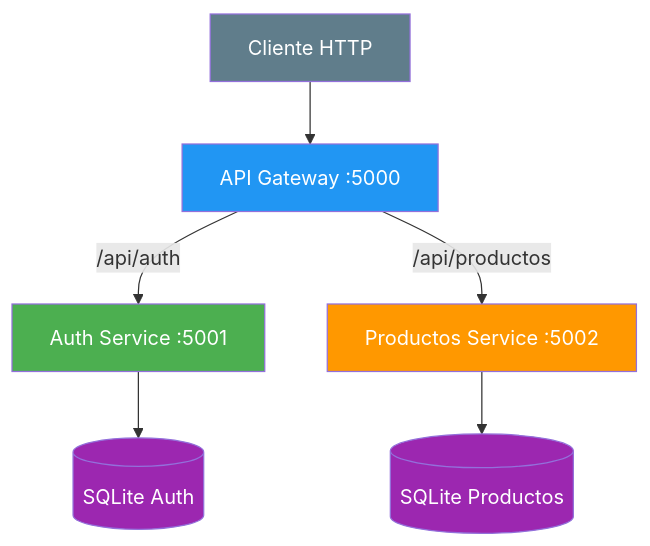
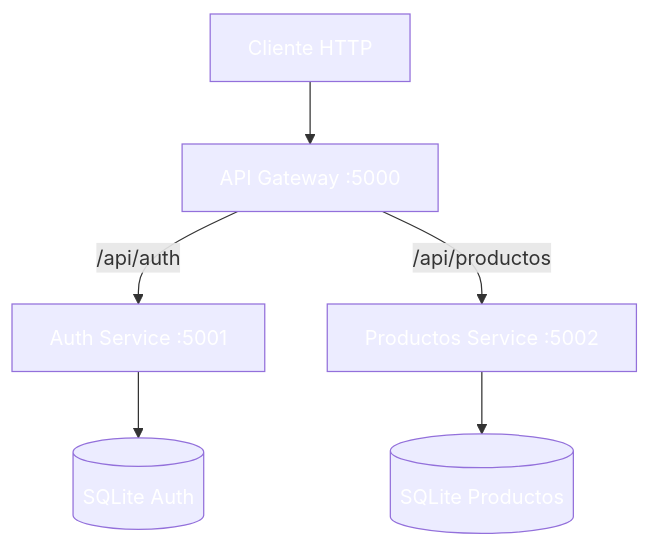
One commit to joseluisgs/DesarrolloWebEntornosServidor-02-2026-2027 changed the sixth of 10 diagrams in 31-api-gateway.md. Above: the diagram before and after it, drawn with Mermaid. The commit also changed other lines of this file and 41 other files, not shown here.

````diff
--- a/31-api-gateway.md
+++ b/31-api-gateway.md
@@ -395,14 +395,14 @@
 ```mermaid
 graph TD
     CL["Cliente HTTP"] --> GW["API Gateway :5000"]
     GW -->|/api/auth| A["Auth Service :5001"]
     GW -->|/api/productos| P["Productos Service :5002"]
     A --> DB1[("SQLite Auth")]
     P --> DB2[("SQLite Productos")]
-    style CL fill:#607D8B,color:#fff
-    style GW fill:#2196F3,color:#fff
-    style A fill:#4CAF50,color:#fff
-    style P fill:#FF9800,color:#fff
-    style DB1 fill:#9C27B0,color:#fff
-    style DB2 fill:#9C27B0,color:#fff
+    style CL fill:#607D8,color:#fffB,color:#fff
+    style GW fill:#2196F,color:#fff3,color:#fff
+    style A fill:#4CAF5,color:#fff0,color:#fff
+    style P fill:#FF980,color:#fff0,color:#fff
+    style DB1 fill:#9C27B,color:#fff0,color:#fff
+    style DB2 fill:#9C27B,color:#fff0,color:#fff
 ```
````
